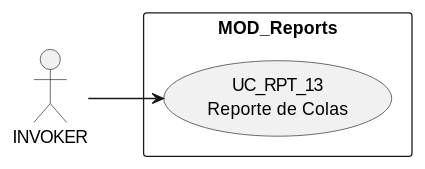
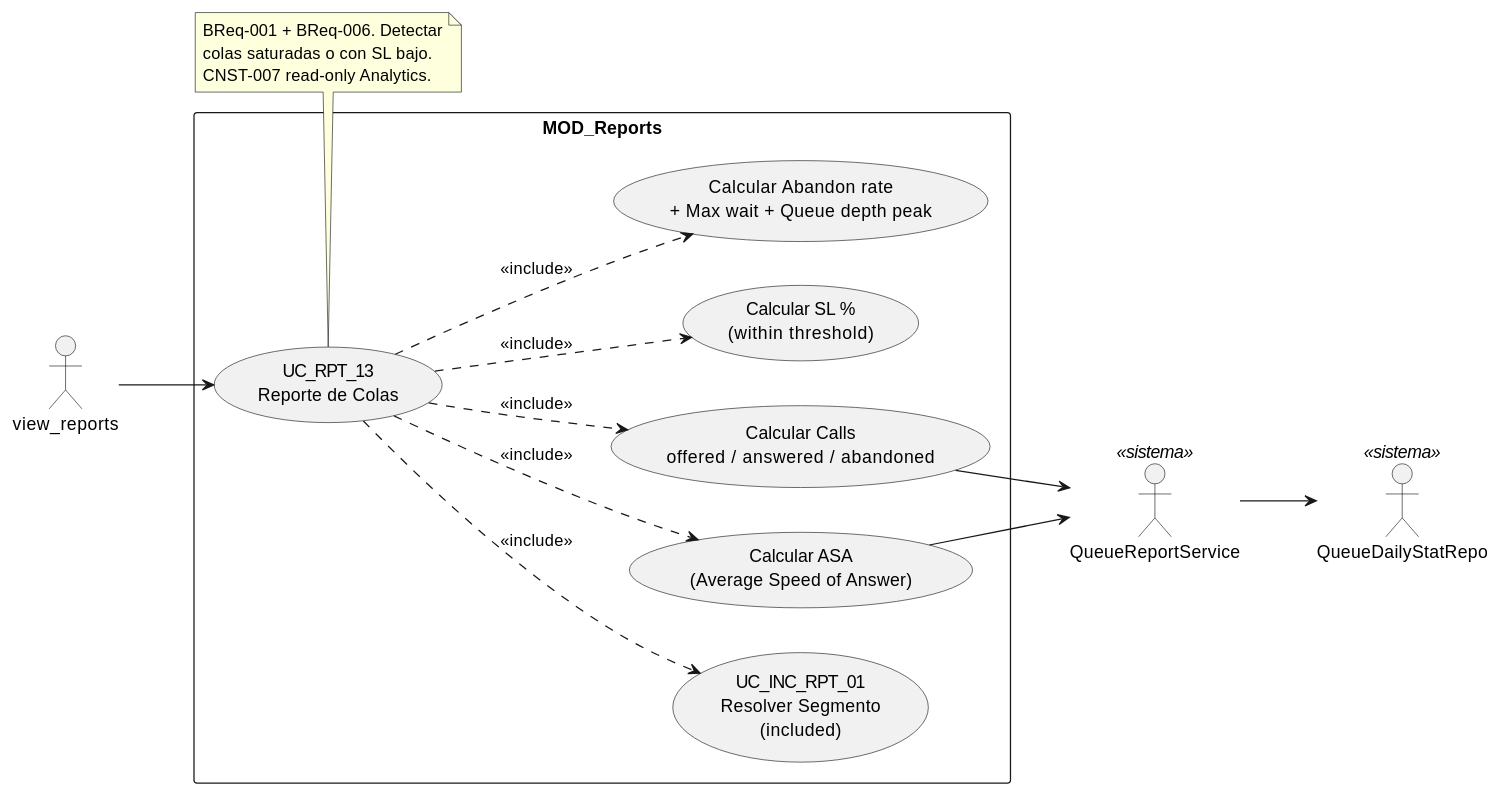
Before and after one commit to jcg-admin/IACT-docs: the diagram in source/requisitos/casos-uso/reports/uc-rpt-13/diagramas-uml/diagrama-de-caso-de-uso.rst, drawn with PlantUML. The commit also changed 8 other files, not shown here.

```diff
--- a/source/requisitos/casos-uso/reports/uc-rpt-13/diagramas-uml/diagrama-de-caso-de-uso.rst
+++ b/source/requisitos/casos-uso/reports/uc-rpt-13/diagramas-uml/diagrama-de-caso-de-uso.rst
@@ -4,22 +4,38 @@
 .. uml::
  :caption: UC_RPT_13 — actores y casos asociados
 
  @startuml
 
  left to right direction
 
- ' TODO (use-case-view-uml07-rebuild Nivel A): completar
- ' actores (INVOKER + beneficiarios + Sistema), sub-usecases
- ' (validaciones, side-effects, audit emit), relaciones
- ' (`<<include>>`, `<<extend>>`) y notas referenciando BRs/CNSTs.
- ' Ver patron canonico en uc-acc-01/diagramas-uml/diagrama-de-caso-de-uso.rst.
-
- actor "INVOKER" as INVOKER
+ actor "view_reports" as INVOKER
+ actor "QueueReportService" as SVC <<sistema>>
+ actor "QueueDailyStatRepo" as REPO <<sistema>>
 
  rectangle "MOD_Reports" {
    usecase "UC_RPT_13\nReporte de Colas" as UC_RPT_13
+   usecase "UC_INC_RPT_01\nResolver Segmento\n(included)" as UC_INC_RPT_01
+   usecase "Calcular Calls\noffered / answered / abandoned" as METRIC_VOL
+   usecase "Calcular ASA\n(Average Speed of Answer)" as METRIC_ASA
+   usecase "Calcular SL %\n(within threshold)" as METRIC_SL
+   usecase "Calcular Abandon rate\n+ Max wait + Queue depth peak" as METRIC_QUEUE
  }
 
  INVOKER --> UC_RPT_13
+ UC_RPT_13 ..> UC_INC_RPT_01 : <<include>>
+ UC_RPT_13 ..> METRIC_VOL : <<include>>
+ UC_RPT_13 ..> METRIC_ASA : <<include>>
+ UC_RPT_13 ..> METRIC_SL : <<include>>
+ UC_RPT_13 ..> METRIC_QUEUE : <<include>>
+
+ METRIC_VOL --> SVC
+ METRIC_ASA --> SVC
+ SVC --> REPO
+
+ note bottom of UC_RPT_13
+   BReq-001 + BReq-006. Detectar
+   colas saturadas o con SL bajo.
+   CNST-007 read-only Analytics.
+ end note
 
  @enduml
```
